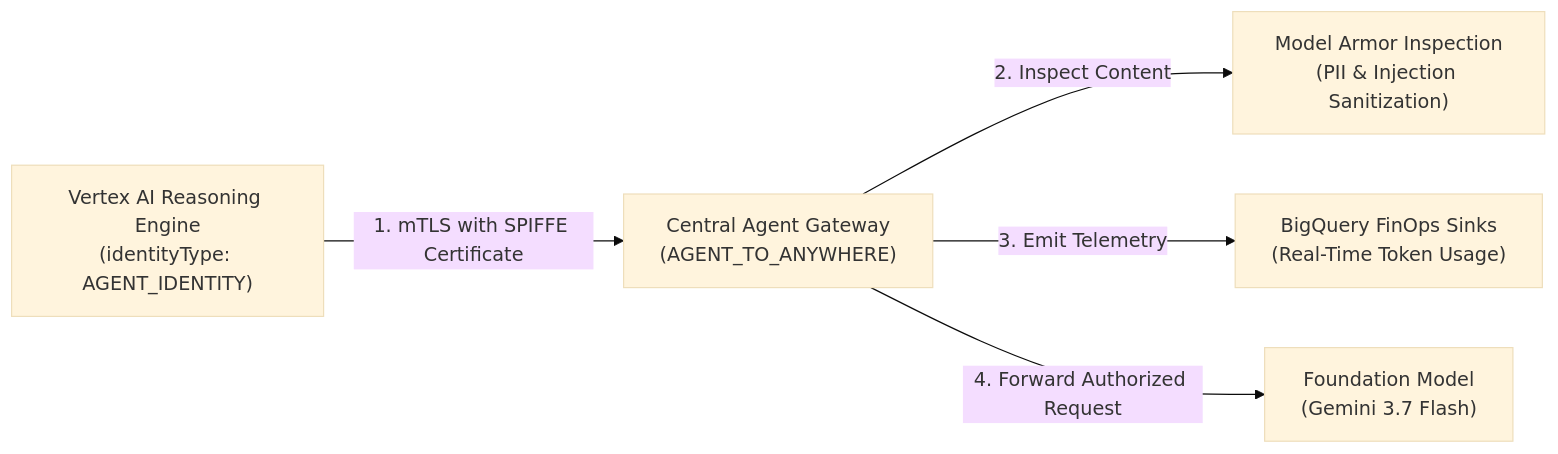
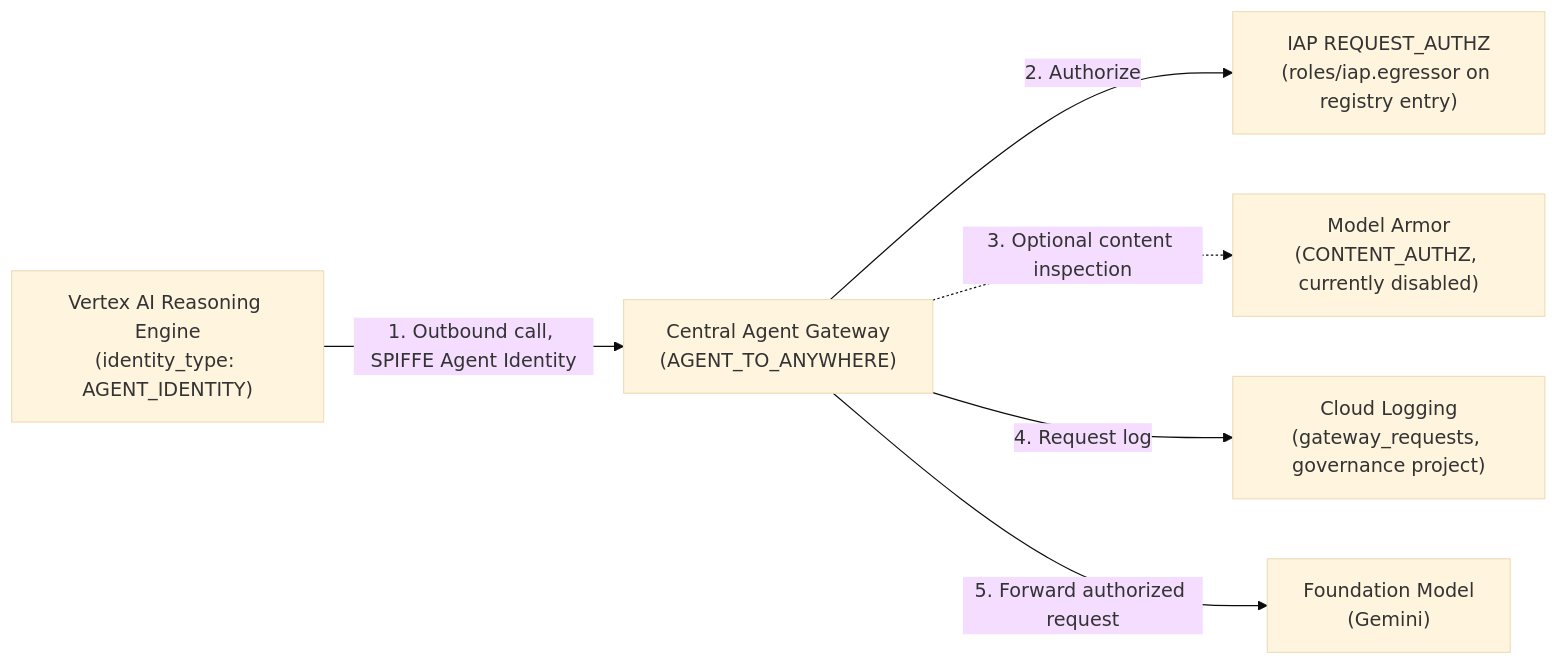
Before and after one commit to google/esmeralda: the second of 2 diagrams in docs/3-agentops-and-lifecycle/03-centralized-monitoring-and-dashboards.md, drawn with Mermaid (base theme). The commit also changed other lines of this file and 15 other files, not shown here.

First line of the commit message:
docs: revise all docs for team-based names and current architecture

````diff
--- a/docs/3-agentops-and-lifecycle/03-centralized-monitoring-and-dashboards.md
+++ b/docs/3-agentops-and-lifecycle/03-centralized-monitoring-and-dashboards.md
@@ -160,13 +202,15 @@
 ```mermaid
 flowchart LR
-    RE["Vertex AI Reasoning Engine<br/>(identityType: AGENT_IDENTITY)"]
+    RE["Vertex AI Reasoning Engine<br/>(identity_type: AGENT_IDENTITY)"]
     AGW["Central Agent Gateway<br/>(AGENT_TO_ANYWHERE)"]
-    MA["Model Armor Inspection<br/>(PII & Injection Sanitization)"]
-    BQ["BigQuery FinOps Sinks<br/>(Real-Time Token Usage)"]
-    Gemini["Foundation Model<br/>(Gemini 3.7 Flash)"]
+    IAP["IAP REQUEST_AUTHZ<br/>(roles/iap.egressor on registry entry)"]
+    MA["Model Armor<br/>(CONTENT_AUTHZ, currently disabled)"]
+    LOG["Cloud Logging<br/>(gateway_requests, governance project)"]
+    Gemini["Foundation Model<br/>(Gemini)"]
 
-    RE -->|1. mTLS with SPIFFE Certificate| AGW
-    AGW -->|2. Inspect Content| MA
-    AGW -->|3. Emit Telemetry| BQ
-    AGW -->|4. Forward Authorized Request| Gemini
+    RE -->|1. Outbound call, SPIFFE Agent Identity| AGW
+    AGW -->|2. Authorize| IAP
+    AGW -.->|3. Optional content inspection| MA
+    AGW -->|4. Request log| LOG
+    AGW -->|5. Forward authorized request| Gemini
 ```
````
